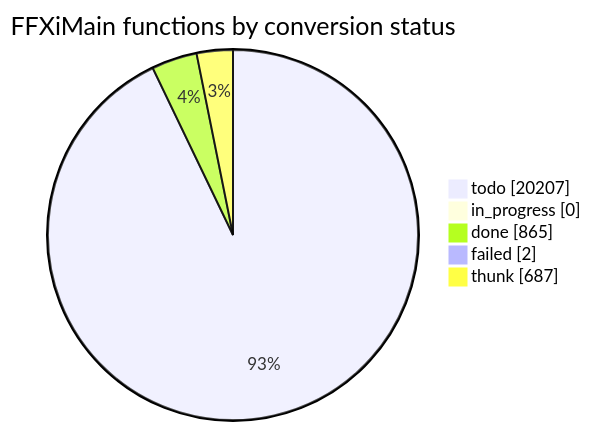
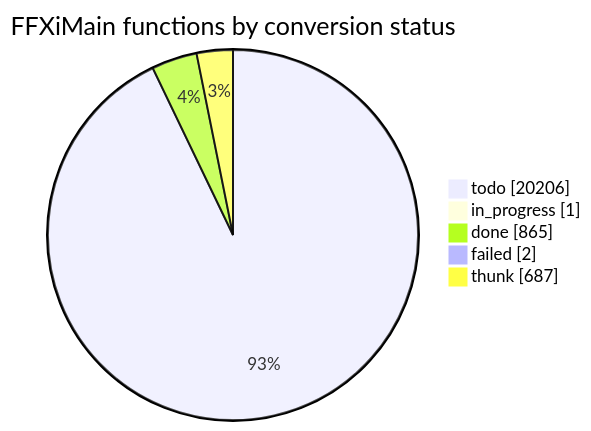
One commit to cowrevenge/cow_kuluu_xi_anything changed the diagram in docs/cow/STATUS.md. Above: the diagram before and after it, drawn with Mermaid. The commit also changed other lines of this file and 7 other files, not shown here.

````diff
--- a/docs/cow/STATUS.md
+++ b/docs/cow/STATUS.md
@@ -18,9 +18,9 @@
 ```mermaid
 pie showData
     title FFXiMain functions by conversion status
-    "todo" : 20207
-    "in_progress" : 0
+    "todo" : 20206
+    "in_progress" : 1
     "done" : 865
     "failed" : 2
     "thunk" : 687
 ```
````
